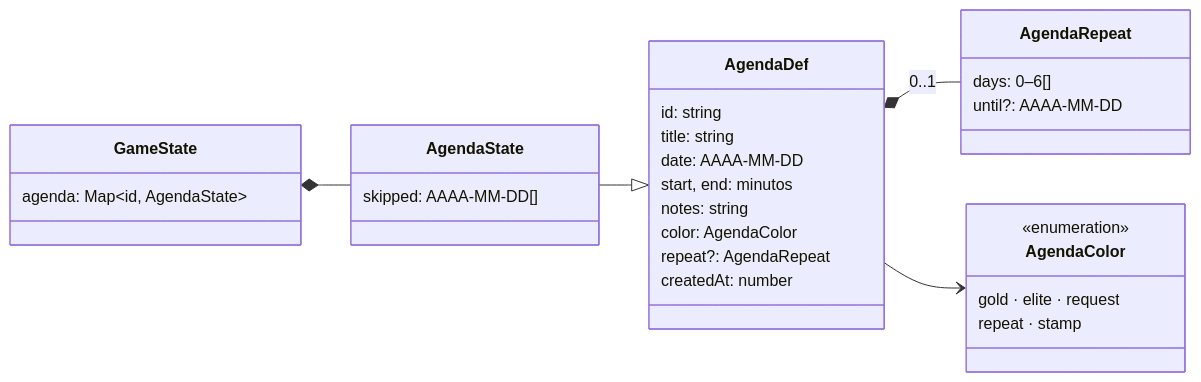
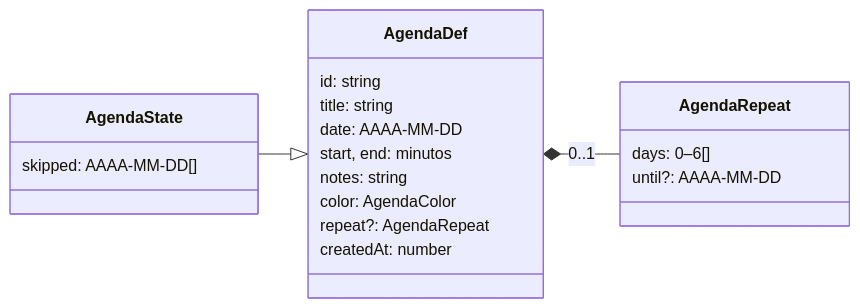
The diagram in src/features/agenda/README.md (Carlos-Requena/Quest_Tareas), drawn with Mermaid before and after one commit. The commit also changed other lines of this file and 134 other files, not shown here.

````diff
--- a/src/features/agenda/README.md
+++ b/src/features/agenda/README.md
@@ -73,33 +39,23 @@
 ```mermaid
 classDiagram
     direction LR
     class AgendaDef {
         id: string
         title: string
         date: AAAA-MM-DD
         start, end: minutos
         notes: string
         color: AgendaColor
         repeat?: AgendaRepeat
         createdAt: number
     }
     class AgendaState {
         skipped: AAAA-MM-DD[]
     }
     class AgendaRepeat {
         days: 0–6[]
         until?: AAAA-MM-DD
     }
-    class AgendaColor {
-        <<enumeration>>
-        gold · elite · request
-        repeat · stamp
-    }
-    class GameState {
-        agenda: Map~id, AgendaState~
-    }
     AgendaState --|> AgendaDef
     AgendaDef *-- AgendaRepeat : 0..1
-    AgendaDef --> AgendaColor
-    GameState *-- AgendaState
 ```
````
